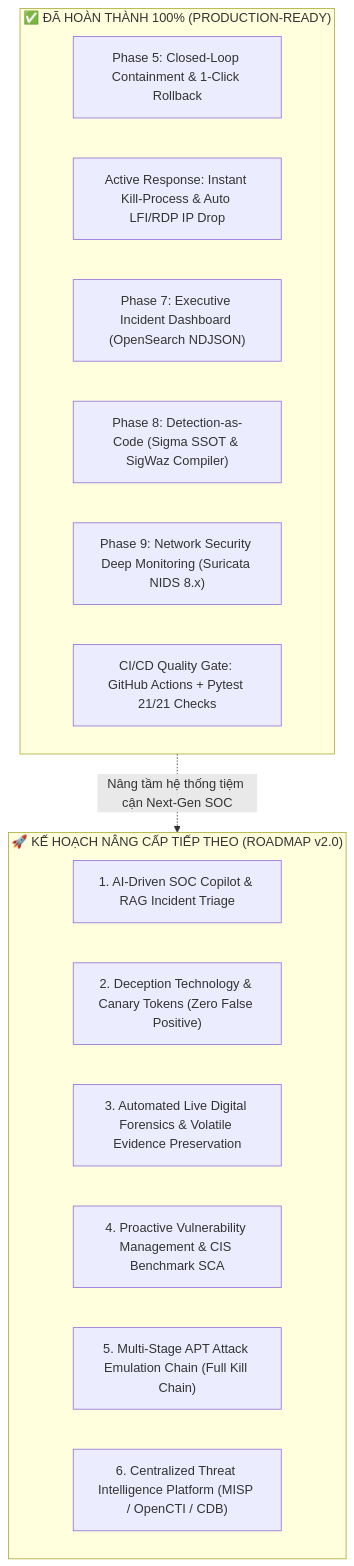
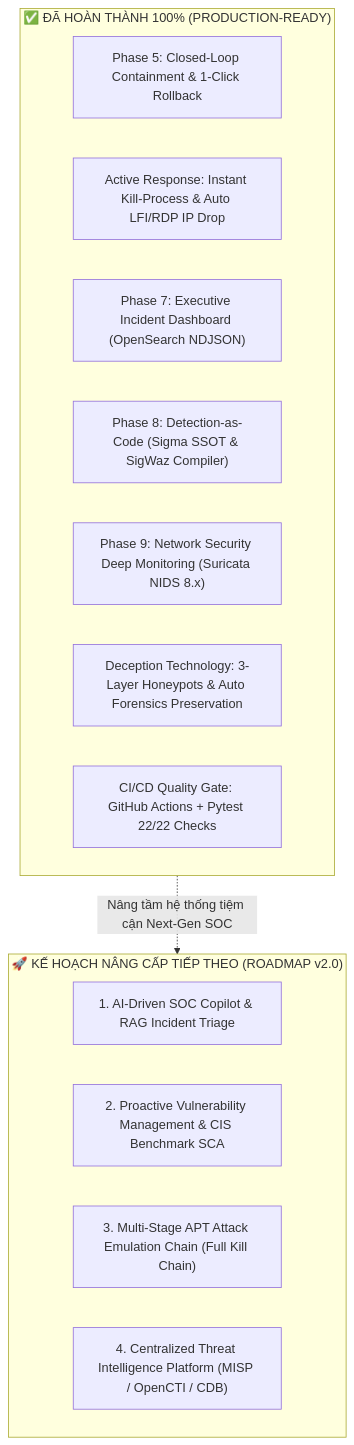
The diagram in IMPROVEMENT_PLAN.md (tofan0810/Wazuh-SOC-lab), drawn with Mermaid before and after one commit. The commit also changed other lines of this file and 38 other files, not shown here.

Commit message:
feat(phase-10): complete deception grid, SOAR closed-loop forensics & Jira attachment engine

````diff
--- a/IMPROVEMENT_PLAN.md
+++ b/IMPROVEMENT_PLAN.md
@@ -23,22 +24,21 @@
 ```mermaid
 flowchart TD
     subgraph COMPLETED ["✅ ĐÃ HOÀN THÀNH 100% (PRODUCTION-READY)"]
         C1["Phase 5: Closed-Loop Containment & 1-Click Rollback"]
         C2["Active Response: Instant Kill-Process & Auto LFI/RDP IP Drop"]
         C3["Phase 7: Executive Incident Dashboard (OpenSearch NDJSON)"]
         C4["Phase 8: Detection-as-Code (Sigma SSOT & SigWaz Compiler)"]
         C5["Phase 9: Network Security Deep Monitoring (Suricata NIDS 8.x)"]
-        C6["CI/CD Quality Gate: GitHub Actions + Pytest 21/21 Checks"]
+        C6["Deception Technology: 3-Layer Honeypots & Auto Forensics Preservation"]
+        C7["CI/CD Quality Gate: GitHub Actions + Pytest 22/22 Checks"]
     end
 
     subgraph IN_PROGRESS ["🚀 KẾ HOẠCH NÂNG CẤP TIẾP THEO (ROADMAP v2.0)"]
         I1["1. AI-Driven SOC Copilot & RAG Incident Triage"]
-        I2["2. Deception Technology & Canary Tokens (Zero False Positive)"]
-        I3["3. Automated Live Digital Forensics & Volatile Evidence Preservation"]
-        I4["4. Proactive Vulnerability Management & CIS Benchmark SCA"]
-        I5["5. Multi-Stage APT Attack Emulation Chain (Full Kill Chain)"]
-        I6["6. Centralized Threat Intelligence Platform (MISP / OpenCTI / CDB)"]
+        I2["2. Proactive Vulnerability Management & CIS Benchmark SCA"]
+        I3["3. Multi-Stage APT Attack Emulation Chain (Full Kill Chain)"]
+        I4["4. Centralized Threat Intelligence Platform (MISP / OpenCTI / CDB)"]
     end
 
     COMPLETED -.->|"Nâng tầm hệ thống tiệm cận Next-Gen SOC"| IN_PROGRESS
 ```
````
